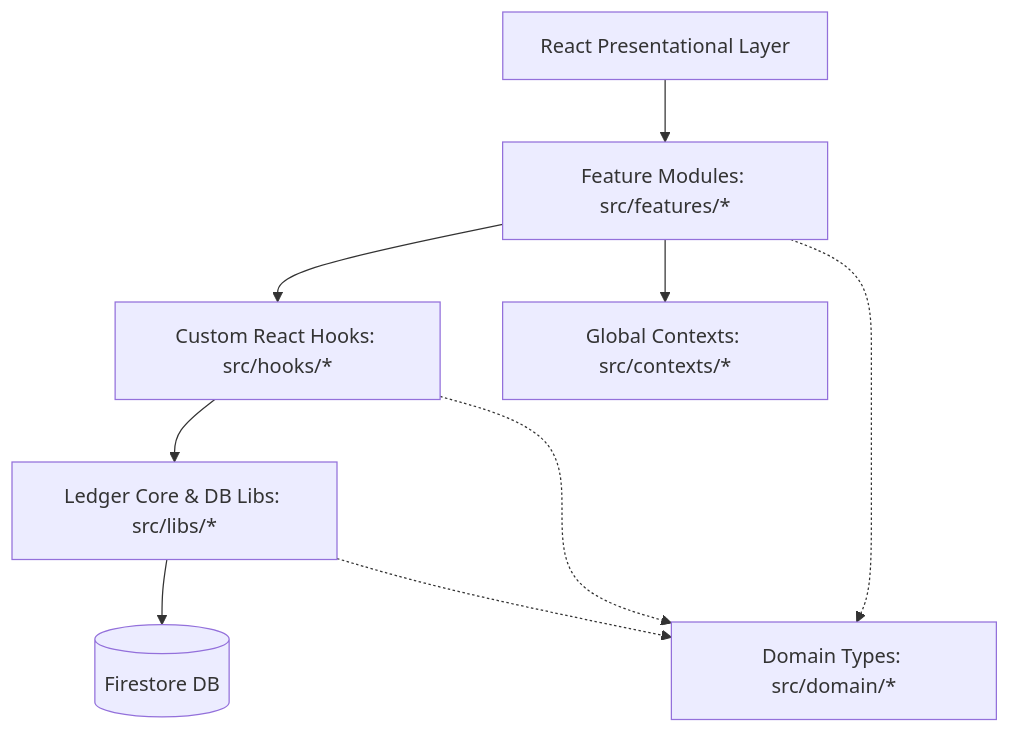
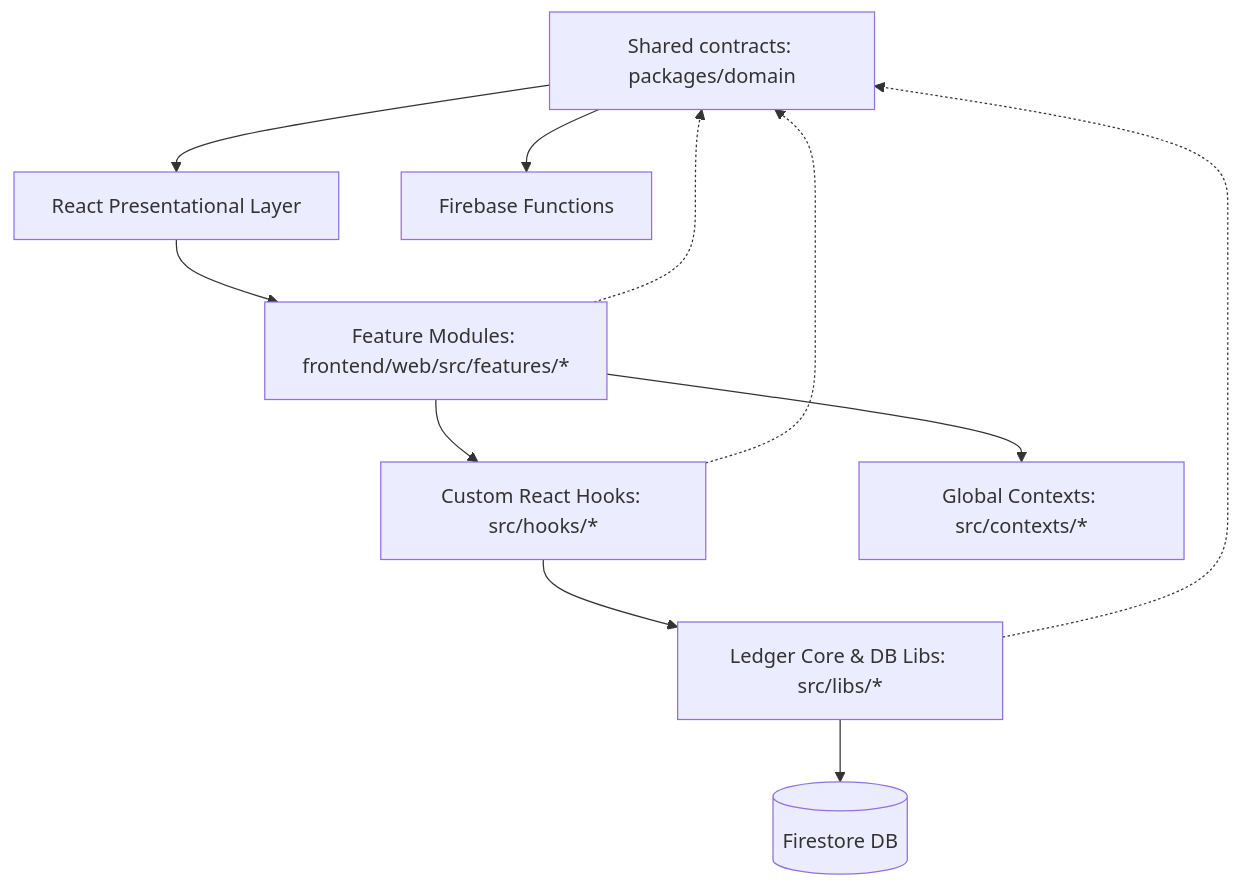
One commit to mustafabahaa/kippa changed the diagram in docs/architecture-and-folder-structure.md. Above: the diagram before and after it, drawn with Mermaid. The commit also changed other lines of this file and 239 other files, not shown here.

Commit message:
refactor monorepo architecture

````diff
--- a/docs/architecture-and-folder-structure.md
+++ b/docs/architecture-and-folder-structure.md
@@ -11,9 +11,11 @@
 ```mermaid
 graph TD
-    UI[React Presentational Layer] --> Features[Feature Modules: src/features/*]
+    Shared[Shared contracts: packages/domain] --> UI
+    Shared --> Functions[Firebase Functions]
+    UI[React Presentational Layer] --> Features[Feature Modules: frontend/web/src/features/*]
     Features --> Hooks[Custom React Hooks: src/hooks/*]
     Features --> Contexts[Global Contexts: src/contexts/*]
     Hooks --> Libs[Ledger Core & DB Libs: src/libs/*]
     Libs --> DB[(Firestore DB)]
-    Features & Hooks & Libs -.-> Domain[Domain Types: src/domain/*]
+    Features & Hooks & Libs -.-> Shared
 ```
````
